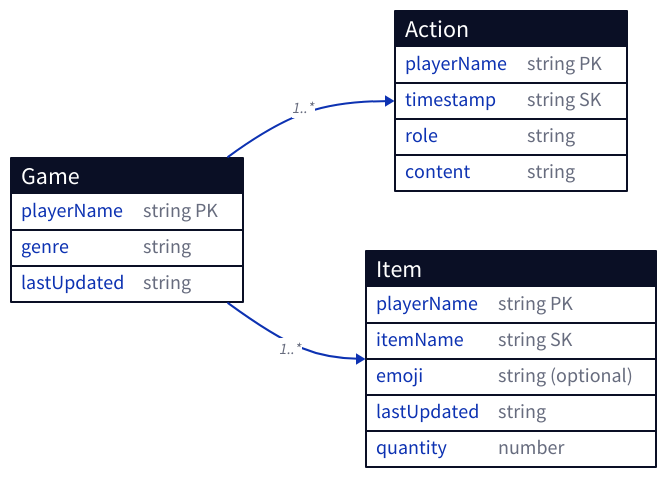
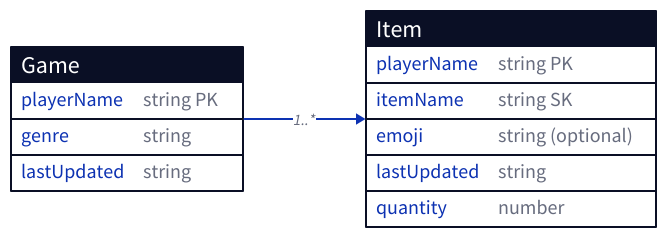
The diagram in docs/src/content/docs/en/get_started/tutorials/dungeon-game/2.mdx (awslabs/nx-plugin-for-aws), drawn with D2 before and after one commit. The commit also changed other lines of this file and 25 other files, not shown here.

````diff
--- a/docs/src/content/docs/en/get_started/tutorials/dungeon-game/2.mdx
+++ b/docs/src/content/docs/en/get_started/tutorials/dungeon-game/2.mdx
@@ -53,30 +55,21 @@
 ```d2
 direction: right
 
 game: Game {
   shape: sql_table
   playerName: "string  PK"
   genre: string
   lastUpdated: string
-}
-
-action: Action {
-  shape: sql_table
-  playerName: "string  PK"
-  timestamp: "string  SK"
-  role: string
-  content: string
 }
 
 item: Item {
   shape: sql_table
   playerName: "string  PK"
   itemName: "string  SK"
   emoji: "string  (optional)"
   lastUpdated: string
   quantity: number
 }
 
-game -> action: 1..*
 game -> item: 1..*
 ```
````
